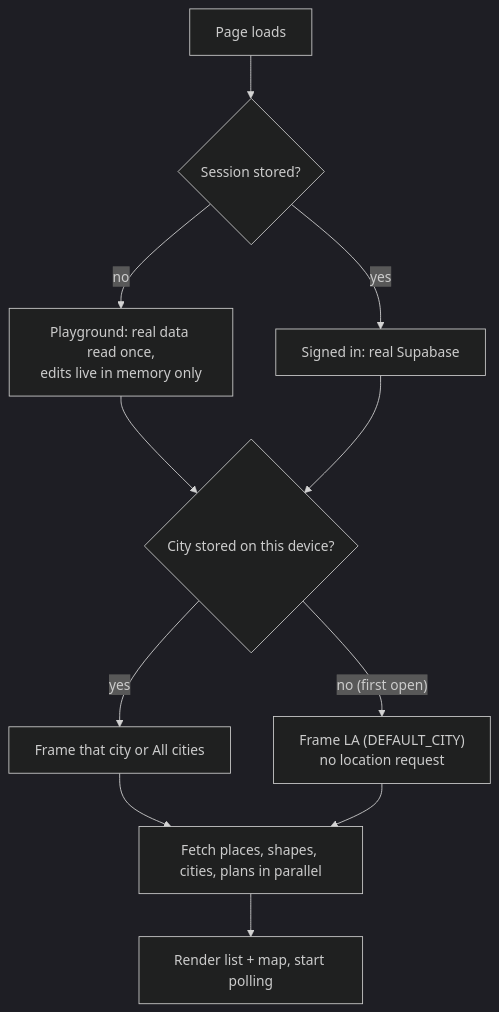
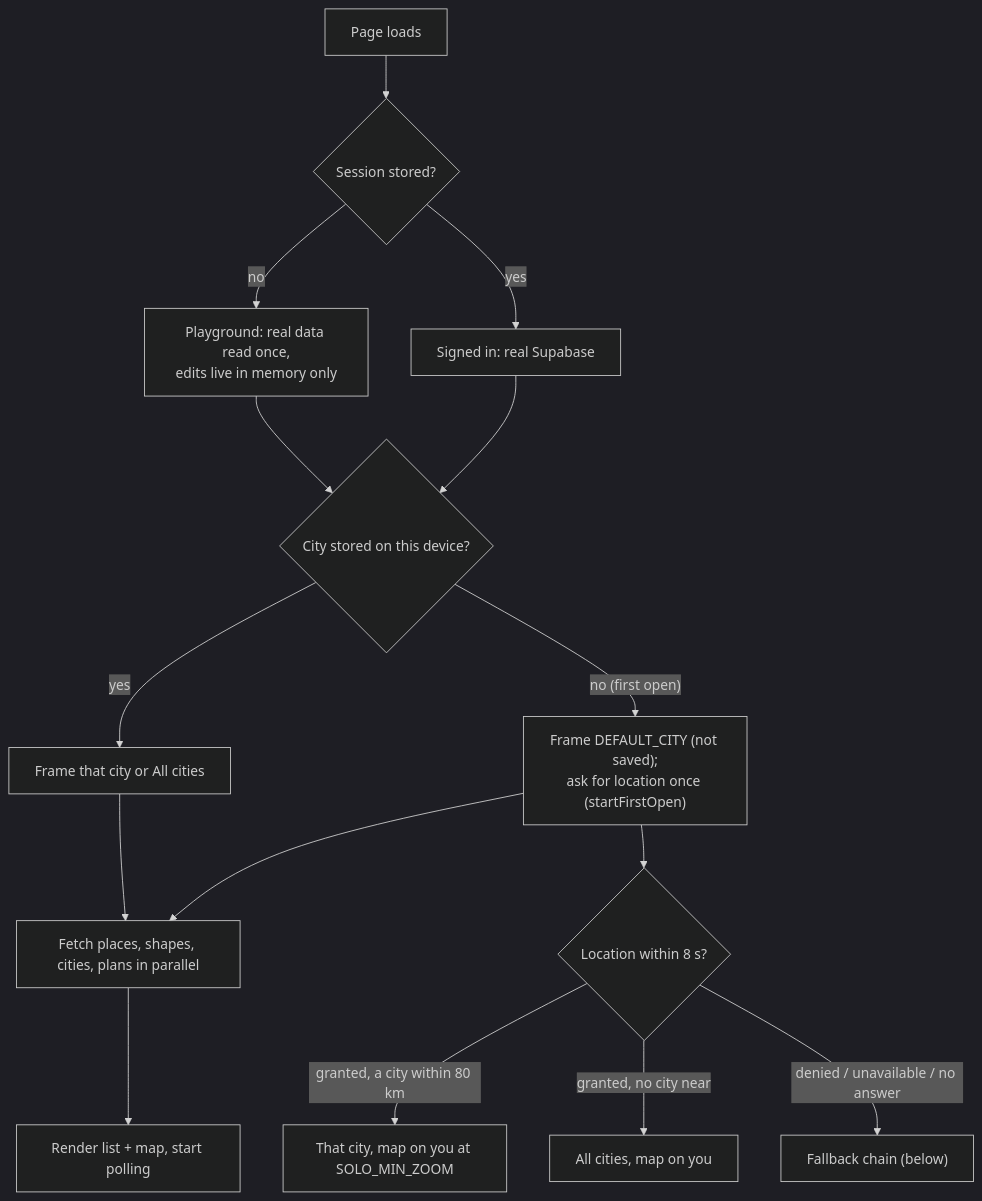
One commit to adamtrabold/triplet changed the third of 10 diagrams in docs/architecture.md. Above: the diagram before and after it, drawn with Mermaid (dark theme). The commit also changed other lines of this file and 4 other files, not shown here.

First line of the commit message:
First open: last viewed city, else the user's location, else the newest place's city

````diff
--- a/docs/architecture.md
+++ b/docs/architecture.md
@@ -133,13 +133,17 @@
 ```mermaid
 flowchart TD
   A[Page loads] --> B{Session stored?}
   B -->|no| P["Playground: real data read once,<br/>edits live in memory only"]
   B -->|yes| S[Signed in: real Supabase]
   P --> C{City stored on this device?}
   S --> C
   C -->|yes| D[Frame that city or All cities]
-  C -->|"no (first open)"| E["Frame LA (DEFAULT_CITY)<br/>no location request"]
+  C -->|"no (first open)"| E["Frame DEFAULT_CITY (not saved);<br/>ask for location once (startFirstOpen)"]
   D --> F[Fetch places, shapes, cities, plans in parallel]
   E --> F
   F --> G[Render list + map, start polling]
+  E --> L{Location within 8 s?}
+  L -->|"granted, a city within 80 km"| N["That city, map on you at SOLO_MIN_ZOOM"]
+  L -->|"granted, no city near"| AC["All cities, map on you"]
+  L -->|"denied / unavailable / no answer"| FB["Fallback chain (below)"]
 ```
````
